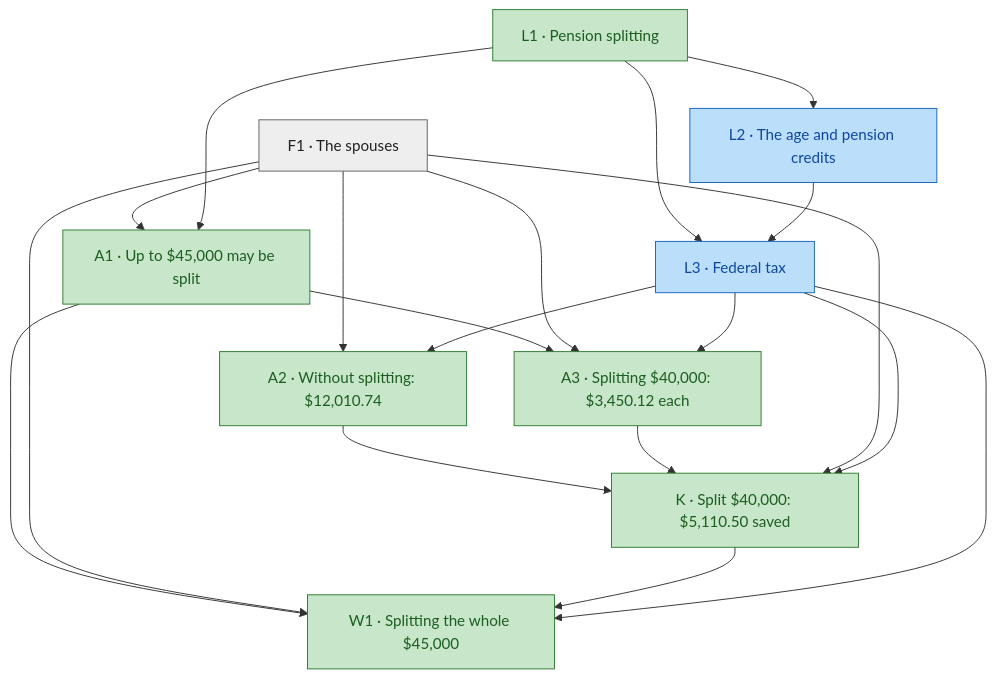
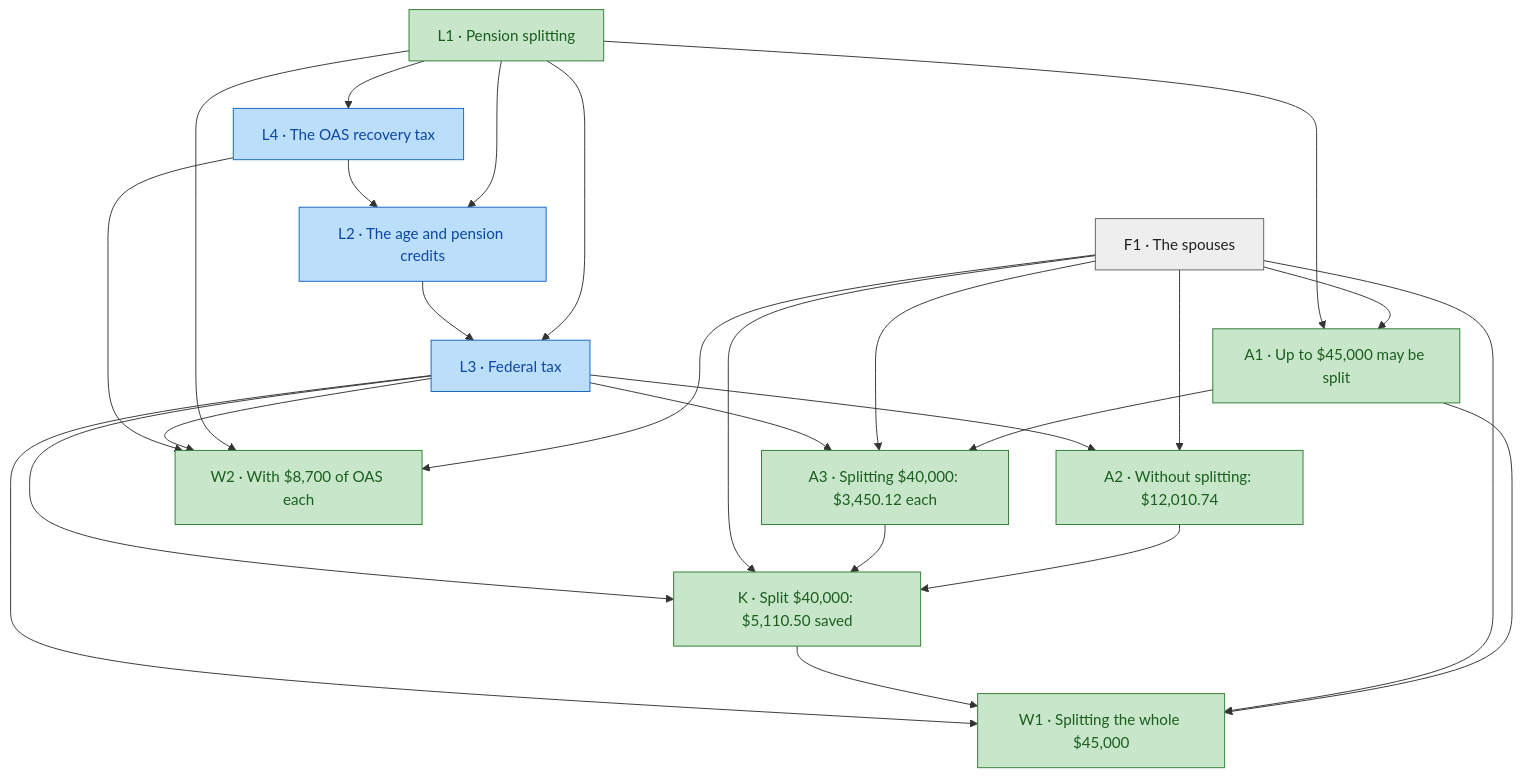
One commit to SeanWMurray/Canteen changed the first of 2 diagrams in docs/blueprint/pension-split.md. Above: the diagram before and after it, drawn with Mermaid. The commit also changed other lines of this file and 26 other files, not shown here.

First line of the commit message:
Encode the OAS recovery tax (180.2, 60(w)); fix pensions in the minimum tax

````diff
--- a/docs/blueprint/pension-split.md
+++ b/docs/blueprint/pension-split.md
@@ -15,36 +15,44 @@
 ```mermaid
 graph TD
   n0["L1 · Pension splitting"]:::proven
-  n1["L2 · The age and pension credits"]:::encoded
-  n2["L3 · Federal tax"]:::encoded
-  n3["F1 · The spouses"]:::fact
-  n4["A1 · Up to $45,000 may be split"]:::proven
-  n5["A2 · Without splitting: $12,010.74"]:::proven
-  n6["A3 · Splitting $40,000: $3,450.12 each"]:::proven
-  n7["K · Split $40,000: $5,110.50 saved"]:::proven
-  n8["W1 · Splitting the whole $45,000"]:::proven
+  n1["L4 · The OAS recovery tax"]:::encoded
+  n2["L2 · The age and pension credits"]:::encoded
+  n3["L3 · Federal tax"]:::encoded
+  n4["F1 · The spouses"]:::fact
+  n5["A1 · Up to $45,000 may be split"]:::proven
+  n6["A2 · Without splitting: $12,010.74"]:::proven
+  n7["A3 · Splitting $40,000: $3,450.12 each"]:::proven
+  n8["K · Split $40,000: $5,110.50 saved"]:::proven
+  n9["W1 · Splitting the whole $45,000"]:::proven
+  n10["W2 · With $8,700 of OAS each"]:::proven
   n0 --> n1
   n0 --> n2
   n1 --> n2
-  n3 --> n4
-  n0 --> n4
-  n3 --> n5
-  n2 --> n5
+  n0 --> n3
+  n2 --> n3
+  n4 --> n5
+  n0 --> n5
   n4 --> n6
   n3 --> n6
-  n2 --> n6
   n5 --> n7
-  n6 --> n7
+  n4 --> n7
   n3 --> n7
-  n2 --> n7
+  n6 --> n8
+  n7 --> n8
   n4 --> n8
   n3 --> n8
-  n7 --> n8
-  n2 --> n8
+  n5 --> n9
+  n4 --> n9
+  n8 --> n9
+  n3 --> n9
+  n4 --> n10
+  n0 --> n10
+  n3 --> n10
+  n1 --> n10
   classDef proven fill:#c8e6c9,stroke:#2e7d32,color:#1b5e20
   classDef encoded fill:#bbdefb,stroke:#1565c0,color:#0d47a1
   classDef fact fill:#eeeeee,stroke:#616161,color:#212121
   classDef judgment fill:#ffe0b2,stroke:#ef6c00,color:#e65100
   classDef notFormalized fill:#ffffff,stroke:#c62828,color:#b71c1c,stroke-dasharray:5 5
   classDef unproven fill:#ffcdd2,stroke:#c62828,color:#b71c1c
 ```
````
